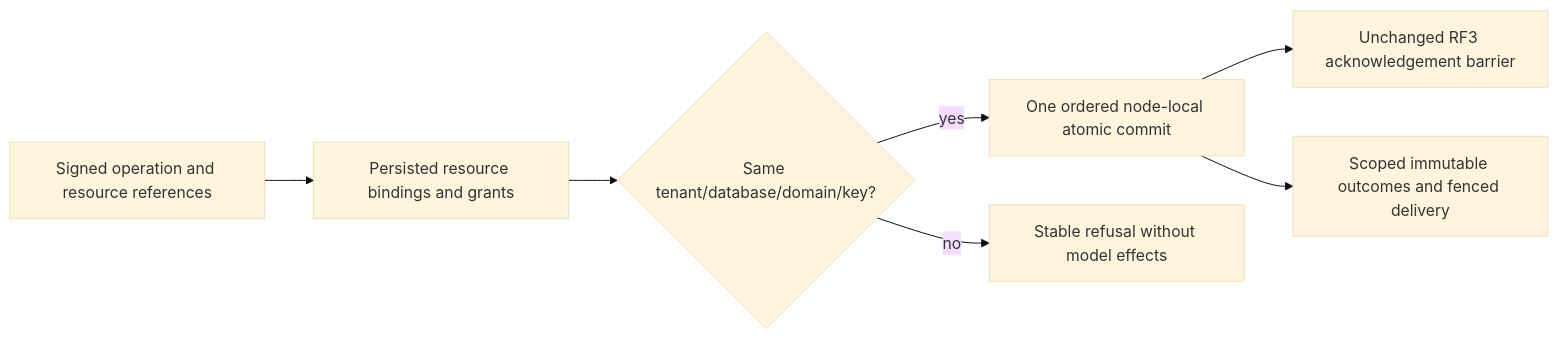
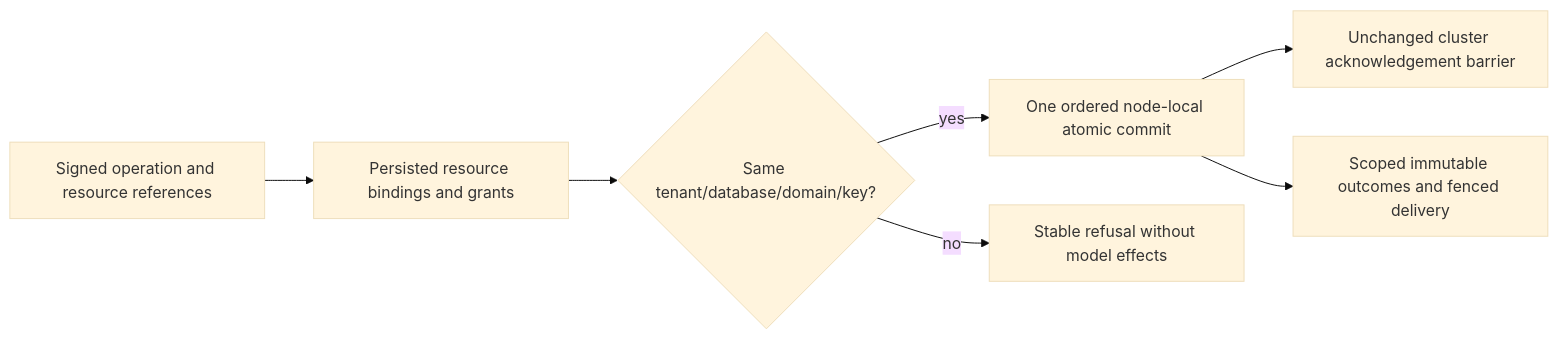
Before and after one commit to managedcode/KeyLoad: the diagram in docs/Features/EventStreams/SharedTransactionDomain.md, drawn with Mermaid (base theme). The commit also changed other lines of this file and 7356 other files, not shown here.

````diff
--- a/docs/Features/EventStreams/SharedTransactionDomain.md
+++ b/docs/Features/EventStreams/SharedTransactionDomain.md
@@ -18,9 +18,9 @@
 ```mermaid
 flowchart LR
     Caller[Signed operation and resource references] --> Catalog[Persisted resource bindings and grants]
     Catalog --> Scope{Same tenant/database/domain/key?}
     Scope -->|yes| Commit[One ordered node-local atomic commit]
     Scope -->|no| Refuse[Stable refusal without model effects]
-    Commit --> RF3[Unchanged RF3 acknowledgement barrier]
+    Commit --> cluster[Unchanged cluster acknowledgement barrier]
     Commit --> History[Scoped immutable outcomes and fenced delivery]
 ```
````
